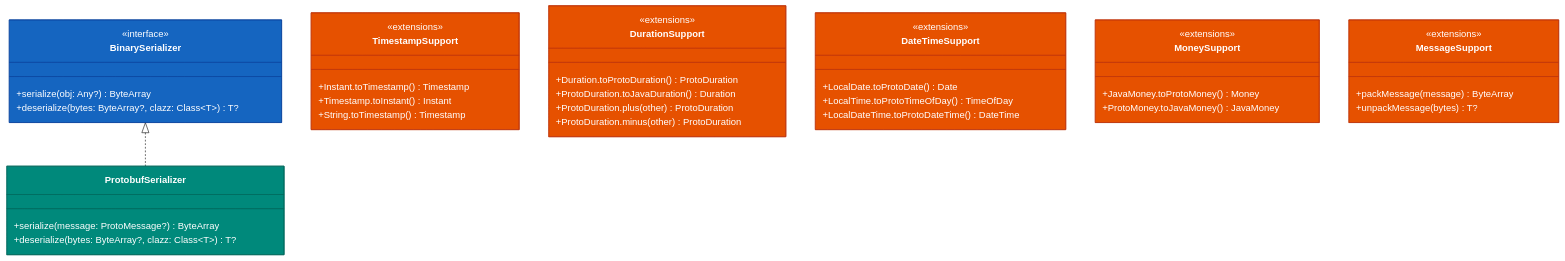
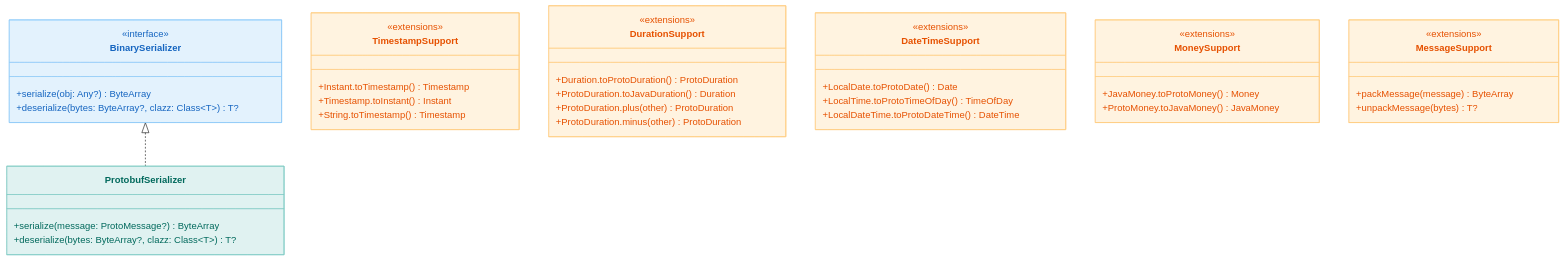
The first of 3 diagrams in io/protobuf/README.ko.md (bluetape4k/bluetape4k-projects), drawn with Mermaid (base theme) before and after one commit. The commit also changed other lines of this file and 219 other files, not shown here.

First line of the commit message:
docs: 전체 README Mermaid 다이어그램 가이드 적용

````diff
--- a/io/protobuf/README.ko.md
+++ b/io/protobuf/README.ko.md
@@ -15,57 +15,57 @@
 ```mermaid
 classDiagram
     class BinarySerializer {
         <<interface>>
         +serialize(obj: Any?) ByteArray
         +deserialize(bytes: ByteArray?, clazz: Class~T~) T?
     }
 
     class ProtobufSerializer {
         +serialize(message: ProtoMessage?) ByteArray
         +deserialize(bytes: ByteArray?, clazz: Class~T~) T?
     }
 
     class TimestampSupport {
         <<extensions>>
         +Instant.toTimestamp() Timestamp
         +Timestamp.toInstant() Instant
         +String.toTimestamp() Timestamp
     }
 
     class DurationSupport {
         <<extensions>>
         +Duration.toProtoDuration() ProtoDuration
         +ProtoDuration.toJavaDuration() Duration
         +ProtoDuration.plus(other) ProtoDuration
         +ProtoDuration.minus(other) ProtoDuration
     }
 
     class DateTimeSupport {
         <<extensions>>
         +LocalDate.toProtoDate() Date
         +LocalTime.toProtoTimeOfDay() TimeOfDay
         +LocalDateTime.toProtoDateTime() DateTime
     }
 
     class MoneySupport {
         <<extensions>>
         +JavaMoney.toProtoMoney() Money
         +ProtoMoney.toJavaMoney() JavaMoney
     }
 
     class MessageSupport {
         <<extensions>>
         +packMessage(message) ByteArray
         +unpackMessage(bytes) T?
     }
 
     BinarySerializer <|.. ProtobufSerializer
 
-    style BinarySerializer fill:#1565C0,stroke:#0D47A1,color:#FFFFFF
-    style ProtobufSerializer fill:#00897B,stroke:#00695C,color:#FFFFFF
-    style TimestampSupport fill:#E65100,stroke:#BF360C,color:#FFFFFF
-    style DurationSupport fill:#E65100,stroke:#BF360C,color:#FFFFFF
-    style DateTimeSupport fill:#E65100,stroke:#BF360C,color:#FFFFFF
-    style MoneySupport fill:#E65100,stroke:#BF360C,color:#FFFFFF
-    style MessageSupport fill:#E65100,stroke:#BF360C,color:#FFFFFF
+    style BinarySerializer fill:#E3F2FD,stroke:#90CAF9,color:#1565C0
+    style ProtobufSerializer fill:#E0F2F1,stroke:#80CBC4,color:#00695C
+    style TimestampSupport fill:#FFF3E0,stroke:#FFCC80,color:#E65100
+    style DurationSupport fill:#FFF3E0,stroke:#FFCC80,color:#E65100
+    style DateTimeSupport fill:#FFF3E0,stroke:#FFCC80,color:#E65100
+    style MoneySupport fill:#FFF3E0,stroke:#FFCC80,color:#E65100
+    style MessageSupport fill:#FFF3E0,stroke:#FFCC80,color:#E65100
 ```
````
